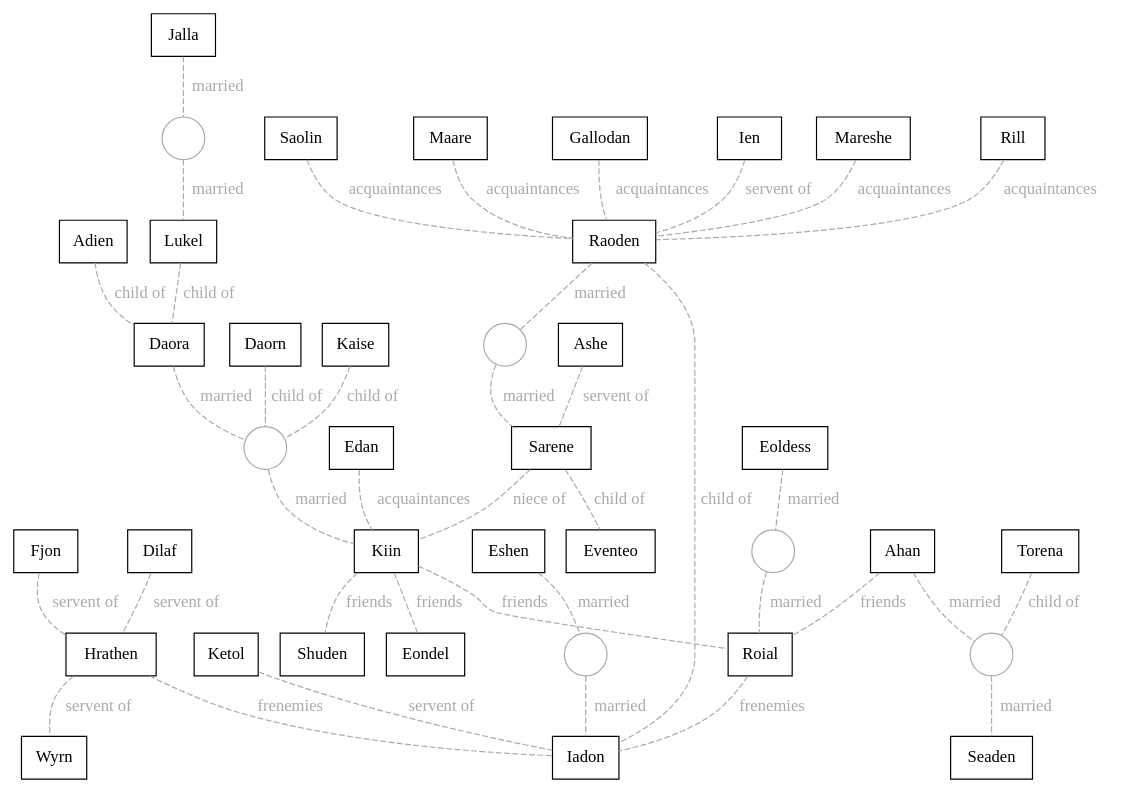
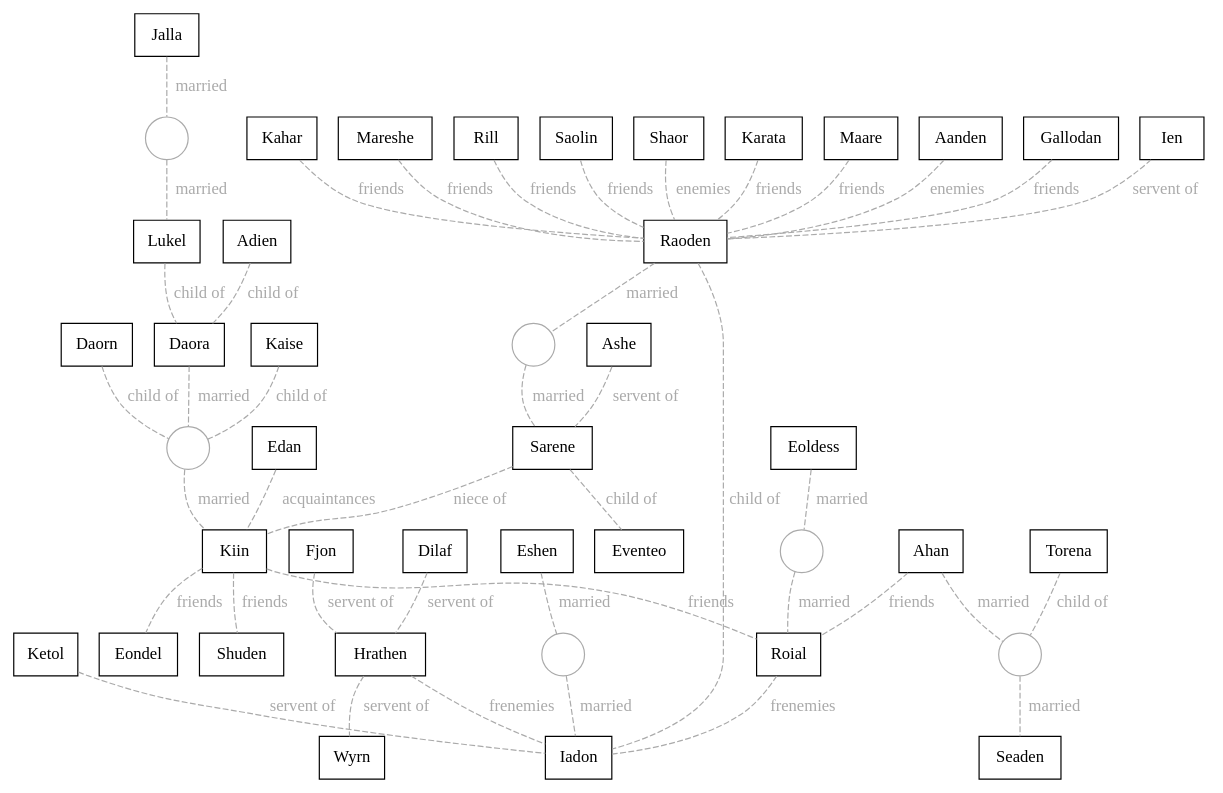
One commit to christopherball/christopherball.github.io changed the diagram in tech/networkVisualizer/dot/elantris.dot. Above: the diagram before and after it, drawn with Graphviz.

Commit message:
Updating elantris.

```diff
--- a/tech/networkVisualizer/dot/elantris.dot
+++ b/tech/networkVisualizer/dot/elantris.dot
@@ -1,115 +1,126 @@
 digraph {
   // Global properties
   edge [dir=none, color="#AAAAAA", arrowhead="none"]
   compound=true
 
   // Characters
   subgraph Males {
     node [color="black", fillcolor="lightblue", shape="box"]
+    Aanden
     Adien
     Ahan
     Ashe
     Daorn
     Dilaf
     Edan
     Eondel
     Eventeo
     Fjon
     Gallodan
     Hrathen
     Iadon
     Ien
+    Kahar
     Ketol
     Kiin
     Lukel
     Mareshe
     Raoden
     Rill
     Roial
     Saolin
+    Shaor
     Shuden
     Wyrn
   }
   subgraph Females {
     node [color="black", fillcolor="pink", shape="box"]
     Daora
     Eoldess
     Eshen
     Jalla
     Kaise
+    Karata
     Maare
     Sarene
     Seaden
     Torena
   }
 
   // Married
   edge [label="married", dir=none, color="#AAAAAA", arrowhead="none", style="dashed", fontcolor="#AAAAAA"]
   node [color="#AAAAAA", fillcolor="transparent" shape="circle" label=""]
   Eshen -> mar_Eshen_Iadon -> Iadon
   Raoden -> mar_Raoden_Sarene -> Sarene
   Daora -> mar_Daora_Kiin -> Kiin
   Jalla -> mar_Jalla_Lukel -> Lukel
   Eoldess -> mar_Eoldess_Roial -> Roial
   Ahan -> mar_Ahan_Seaden -> Seaden
 
   // Lovers
   edge [label="lovers", dir=none, color="#AAAAAA", arrowhead="none", style="dashed", fontcolor="#AAAAAA"]
   node [color="#AAAAAA", fillcolor="transparent" shape="circle" label=""]
 
   // Cousins
   edge [label="cousins", dir=none, color="#AAAAAA", arrowhead="none", fontcolor="#AAAAAA"]
 
   // Friends
   edge [label="friends", dir=none, color="#AAAAAA", arrowhead="none", fontcolor="#AAAAAA"]
   Kiin -> Roial
   Kiin -> Eondel
   Kiin -> Shuden
   Ahan -> Roial
+  Gallodan -> Raoden
+  Karata -> Raoden
+  Mareshe -> Raoden
+  Rill -> Raoden
+  Saolin -> Raoden
+  Maare -> Raoden
+  Kahar -> Raoden
+
+  // Enemies
+  edge [label="enemies", dir=none, color="#AAAAAA", arrowhead="none", fontcolor="#AAAAAA"]
+  Aanden -> Raoden
+  Shaor -> Raoden
 
   // Frenemies
   edge [label="frenemies", dir=none, color="#AAAAAA", arrowhead="none", fontcolor="#AAAAAA"]
   Roial -> Iadon
   Hrathen -> Iadon
 
   // Acquaintances
   edge [label="acquaintances", dir=none, color="#AAAAAA", arrowhead="none", fontcolor="#AAAAAA"]
-  Gallodan -> Raoden
-  Mareshe -> Raoden
-  Rill -> Raoden
-  Saolin -> Raoden
-  Maare -> Raoden
   Edan -> Kiin
 
   // Child Of
   edge [label="child of", dir=forward, color="#AAAAAA", arrowhead="none", fontcolor="#AAAAAA"]
   Sarene -> Eventeo
   Raoden -> Iadon
   Kaise -> mar_Daora_Kiin
   Daorn -> mar_Daora_Kiin
   Lukel -> Daora
   Adien -> Daora
   Torena -> mar_Ahan_Seaden
 
   // Foster Child Of
   edge [label="foster child of", dir=forward, color="#AAAAAA", arrowhead="none", fontcolor="#AAAAAA"]
 
   // Lieutenant Of
   edge [label="lieutenant of", dir=forward, color="#AAAAAA", arrowhead="none", fontcolor="#AAAAAA"]
 
   // Servent Of
   edge [label="servent of", dir=forward, color="#AAAAAA", arrowhead="none", fontcolor="#AAAAAA"]
   Ketol -> Iadon
   Ashe -> Sarene
   Dilaf -> Hrathen
   Fjon -> Hrathen
   Hrathen -> Wyrn
   Ien -> Raoden
 
   // Nephew Of
   edge [label="nephew of", dir=forward, color="#AAAAAA", arrowhead="none", fontcolor="#AAAAAA"]
 
   // Niece Of
   edge [label="niece of", dir=forward, color="#AAAAAA", arrowhead="none", fontcolor="#AAAAAA"]
   Sarene -> Kiin
 }
```
